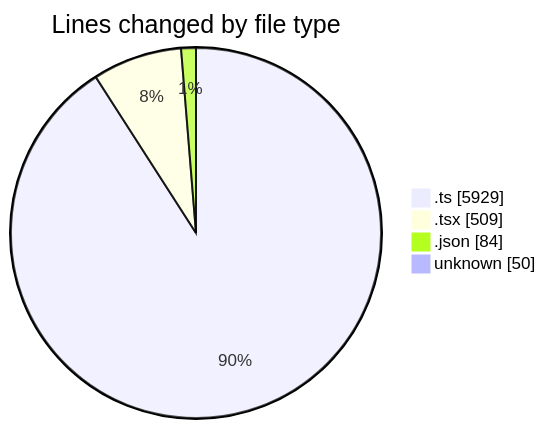
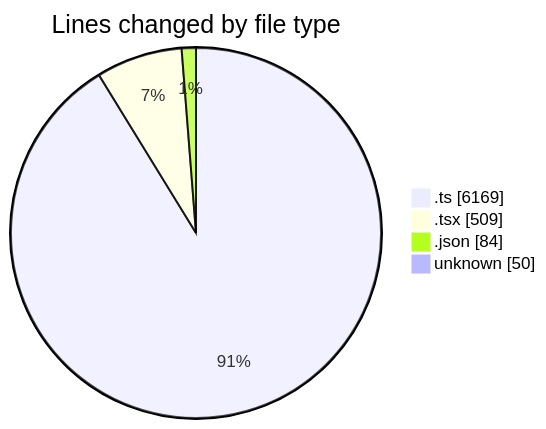
The first of 2 diagrams in 2025-11-28/cda/README.md (momahboobian/code-tracking), drawn with Mermaid before and after one commit. The commit also changed other lines of this file and 1 other file, not shown here.

````diff
--- a/2025-11-28/cda/README.md
+++ b/2025-11-28/cda/README.md
@@ -28,8 +29,8 @@
 ```mermaid
 pie showData
 title Lines changed by file type
-".ts" : 5929
+".ts" : 6169
 ".tsx" : 509
 ".json" : 84
 "unknown" : 50
 ```
````
